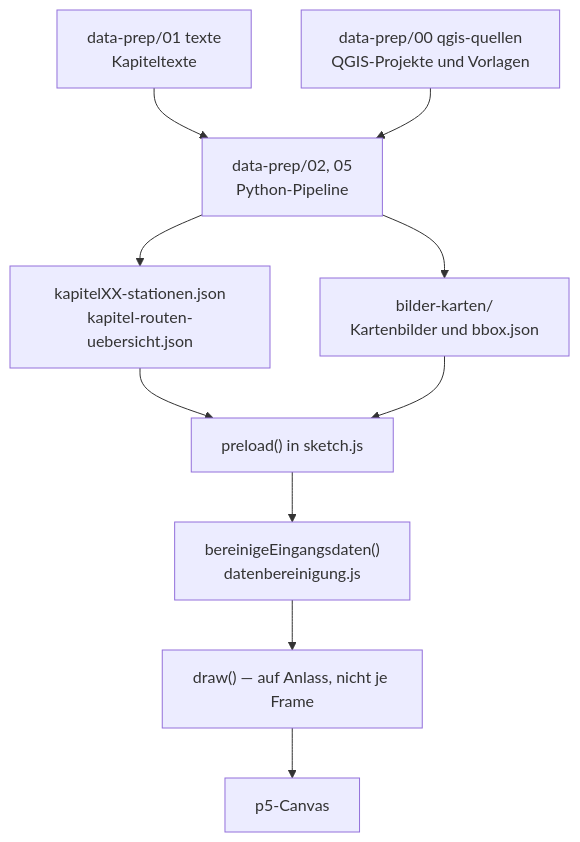
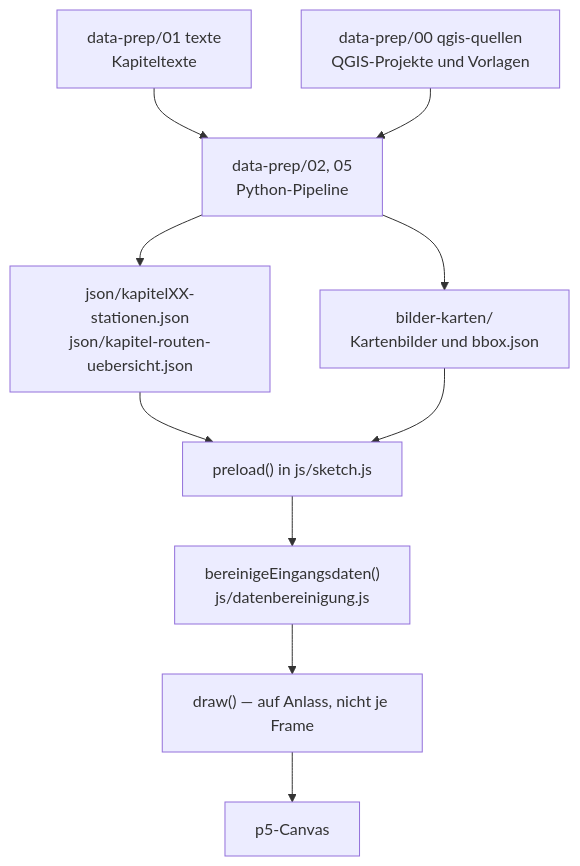
Before and after one commit to charis-arnold/bel-ami: the second of 2 diagrams in docs/architektur.md, drawn with Mermaid. The commit also changed other lines of this file and 44 other files, not shown here.

````diff
--- a/docs/architektur.md
+++ b/docs/architektur.md
@@ -617,12 +626,12 @@
 ```mermaid
 graph TD
     TXT["data-prep/01 texte<br/>Kapiteltexte"] --> PY["data-prep/02, 05<br/>Python-Pipeline"]
     QGIS["data-prep/00 qgis-quellen<br/>QGIS-Projekte und Vorlagen"] --> PY
-    PY --> JSON["kapitelXX-stationen.json<br/>kapitel-routen-uebersicht.json"]
+    PY --> JSON["json/kapitelXX-stationen.json<br/>json/kapitel-routen-uebersicht.json"]
     PY --> BILD["bilder-karten/<br/>Kartenbilder und bbox.json"]
-    JSON --> PRE["preload() in sketch.js"]
+    JSON --> PRE["preload() in js/sketch.js"]
     BILD --> PRE
-    PRE --> BER["bereinigeEingangsdaten()<br/>datenbereinigung.js"]
+    PRE --> BER["bereinigeEingangsdaten()<br/>js/datenbereinigung.js"]
     BER --> DRAW["draw() — auf Anlass, nicht je Frame"]
     DRAW --> CANVAS["p5-Canvas"]
 ```
````
